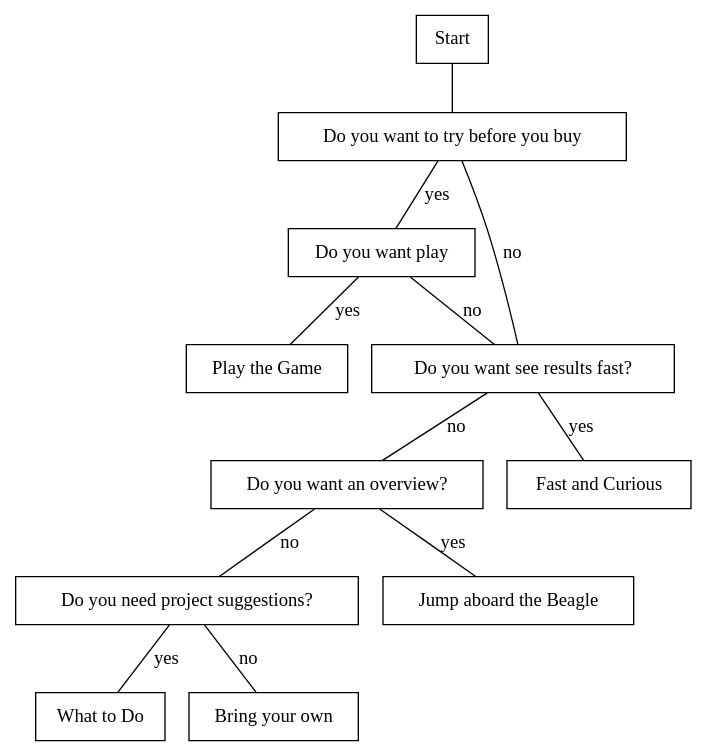
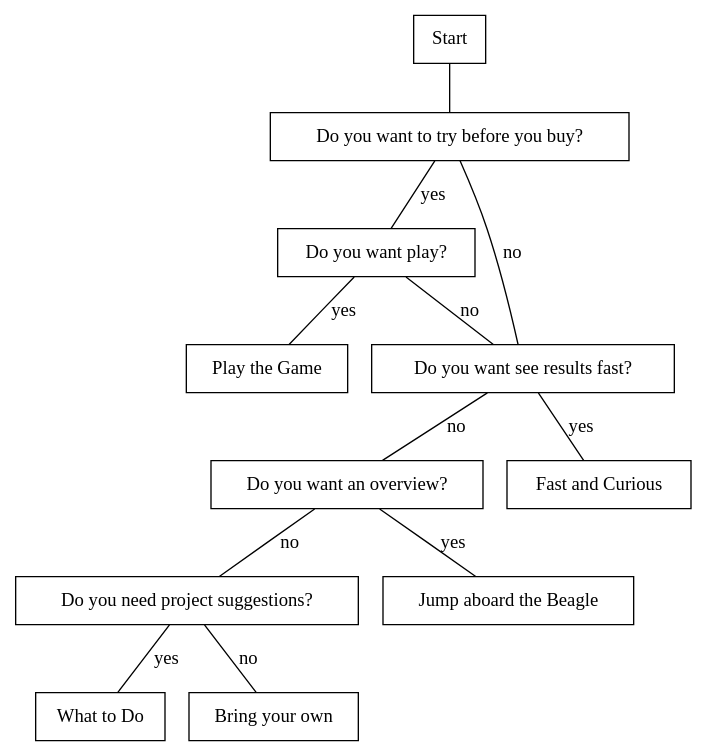
Before and after one commit to darwins-challenge/fly-me-to-the-moon: the diagram in graphviz/flowchart.dot, drawn with Graphviz. The commit also changed 1 other file, not shown here.

```diff
--- a/graphviz/flowchart.dot
+++ b/graphviz/flowchart.dot
@@ -1,28 +1,28 @@
 strict graph {
        node [ shape = rectangle ]
 
        start [ label = "Start" ]
-       try [ label = "Do you want to try before you buy" ]
-       involved [ label = "Do you want play" ]
+       try [ label = "Do you want to try before you buy?" ]
+       involved [ label = "Do you want play?" ]
        gofast [ label = "Do you want see results fast?" ]
-       overview [ label = "Do you want an overview?" ] 
+       overview [ label = "Do you want an overview?" ]
        suggestion [ label = "Do you need project suggestions?" ]
 
        beagle [ label = "Jump aboard the Beagle" ]
        play [ label = "Play the Game" ]
        fast [ label = "Fast and Curious" ]
        projects [ label = "What to Do" ]
        own [label = "Bring your own" ]
 
        start -- try
        try -- gofast [ label = "no" ]
        try -- involved [ label = "yes" ]
        involved -- gofast [ label = "no" ]
        involved -- play [ label = "yes" ]
        gofast -- fast [ label = "yes" ]
        gofast -- overview [ label = "no" ]
        overview -- beagle [ label = "yes" ]
        overview -- suggestion [ label = "no" ]
        suggestion -- projects [ label = "yes" ]
        suggestion -- own [ label = "no" ]
 }
```
